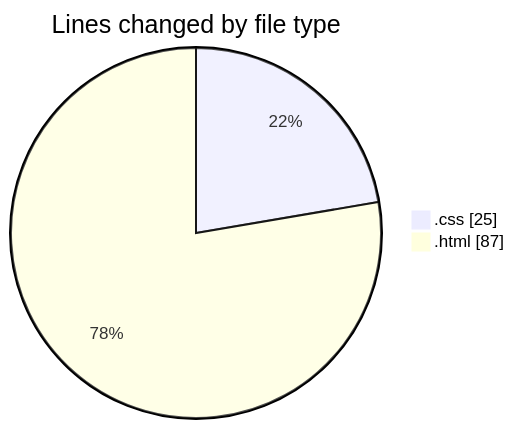
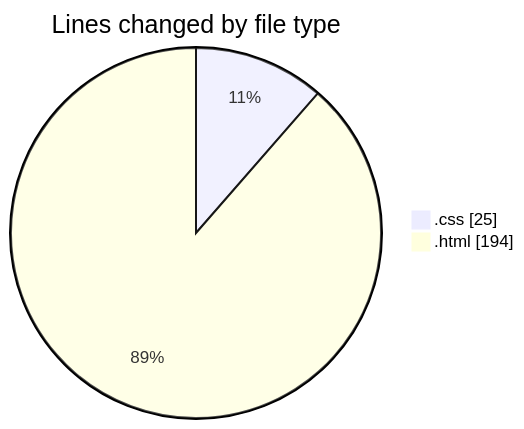
Before and after one commit to NitaiMahat/code-tracking: the first of 2 diagrams in 2025-02-04/recipe-page-main/README.md, drawn with Mermaid. The commit also changed other lines of this file and 1 other file, not shown here.

````diff
--- a/2025-02-04/recipe-page-main/README.md
+++ b/2025-02-04/recipe-page-main/README.md
@@ -21,6 +21,6 @@
 ```mermaid
 pie showData
 title Lines changed by file type
 ".css" : 25
-".html" : 87
+".html" : 194
 ```
````
